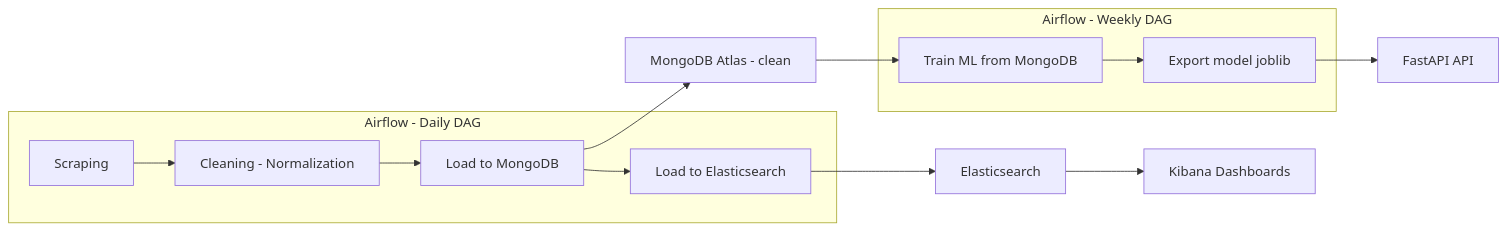
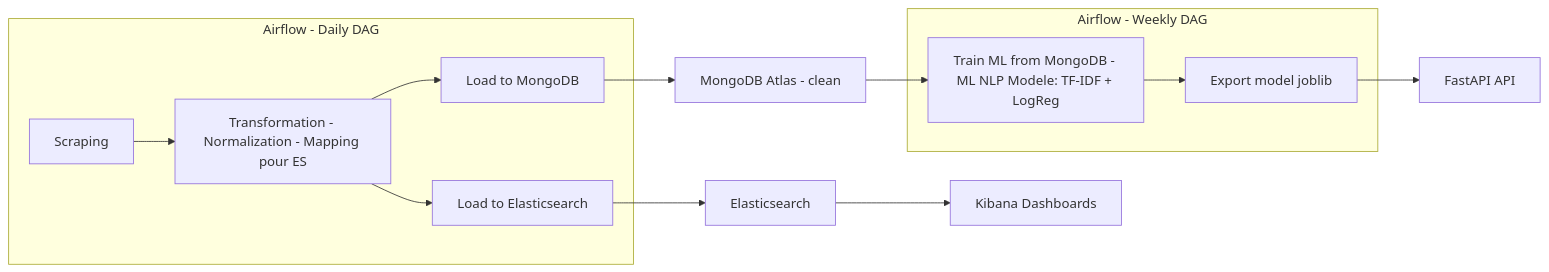
The diagram in README.md (AbderraoufBou14/trustpilot-sentiment-data-pipeline), drawn with Mermaid before and after one commit.

Commit message:
Update README with detailed DAG descriptions

````diff
--- a/README.md
+++ b/README.md
@@ -27,31 +27,31 @@
 ```mermaid
 flowchart LR
     %% --- Daily DAG: scrape -> clean -> load ES & Mongo ---
     subgraph D[Airflow - Daily DAG]
         D1[Scraping]
-        D2[Cleaning - Normalization]
+        D2[Transformation - Normalization - Mapping pour ES]
         D3[Load to MongoDB]
         D4[Load to Elasticsearch]
-        D1 --> D2 --> D3 --> D4
+        D1 --> D2 --> D3; D2 --> D4
     end
 
     %% --- Weekly DAG: train model from MongoDB ---
     subgraph W[Airflow - Weekly DAG]
-        W1[Train ML from MongoDB]
+        W1[Train ML from MongoDB - ML NLP Modele: TF-IDF + LogReg]
         W2[Export model joblib]
         W1 --> W2
     end
 
     %% --- Storages and services ---
     M[MongoDB Atlas - clean]
     E[Elasticsearch]
     G[FastAPI API]
     K[Kibana Dashboards]
 
     %% --- Data flows between DAGs and storages ---
     D3 --> M
     D4 --> E
     M --> W1
     W2 --> G
     E --> K
 ```
````
